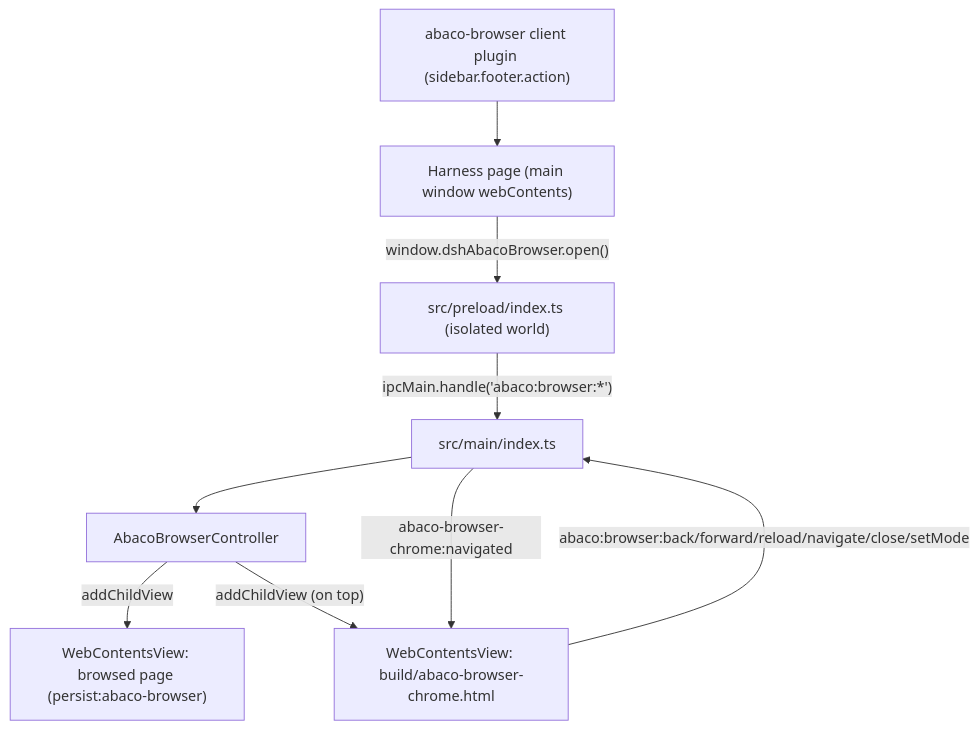
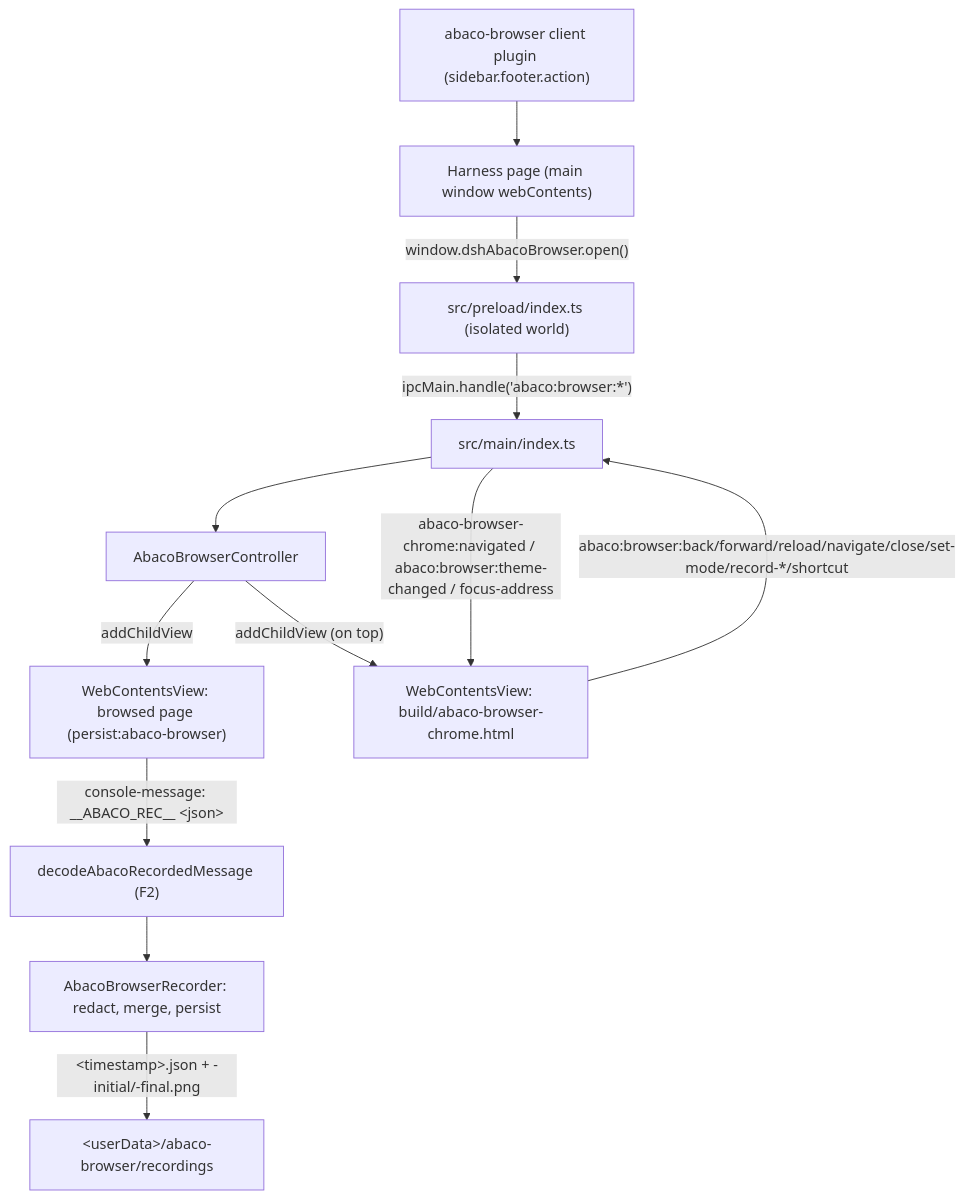
Before and after one commit to anthony-x507/Abaco-deep-Core: the first of 2 diagrams in desktop/src/dsh-desktop/docs/abaco-browser.md, drawn with Mermaid. The commit also changed other lines of this file and 10 other files, not shown here.

First line of the commit message:
feat(desktop): F2 browser — full chrome bar + real action recording (__ABACO_REC__ decoder)

````diff
--- a/desktop/src/dsh-desktop/docs/abaco-browser.md
+++ b/desktop/src/dsh-desktop/docs/abaco-browser.md
@@ -18,11 +28,14 @@
 ```mermaid
 flowchart TD
   PAGE["Harness page (main window webContents)"] -->|"window.dshAbacoBrowser.open()"| PRELOAD["src/preload/index.ts (isolated world)"]
   PLUGIN["abaco-browser client plugin (sidebar.footer.action)"] --> PAGE
   PRELOAD -->|"ipcMain.handle('abaco:browser:*')"| MAIN["src/main/index.ts"]
   MAIN --> CTRL["AbacoBrowserController"]
   CTRL -->|"addChildView"| OVERLAY["WebContentsView: browsed page (persist:abaco-browser)"]
   CTRL -->|"addChildView (on top)"| CHROME["WebContentsView: build/abaco-browser-chrome.html"]
-  CHROME -->|"abaco:browser:back/forward/reload/navigate/close/setMode"| MAIN
-  MAIN -->|"abaco-browser-chrome:navigated"| CHROME
+  CHROME -->|"abaco:browser:back/forward/reload/navigate/close/set-mode/record-*/shortcut"| MAIN
+  MAIN -->|"abaco-browser-chrome:navigated / abaco:browser:theme-changed / focus-address"| CHROME
+  OVERLAY -->|"console-message: __ABACO_REC__ &lt;json&gt;"| DEC["decodeAbacoRecordedMessage (F2)"]
+  DEC --> REC["AbacoBrowserRecorder: redact, merge, persist"]
+  REC -->|"&lt;timestamp&gt;.json + -initial/-final.png"| DISK["&lt;userData&gt;/abaco-browser/recordings"]
 ```
````
